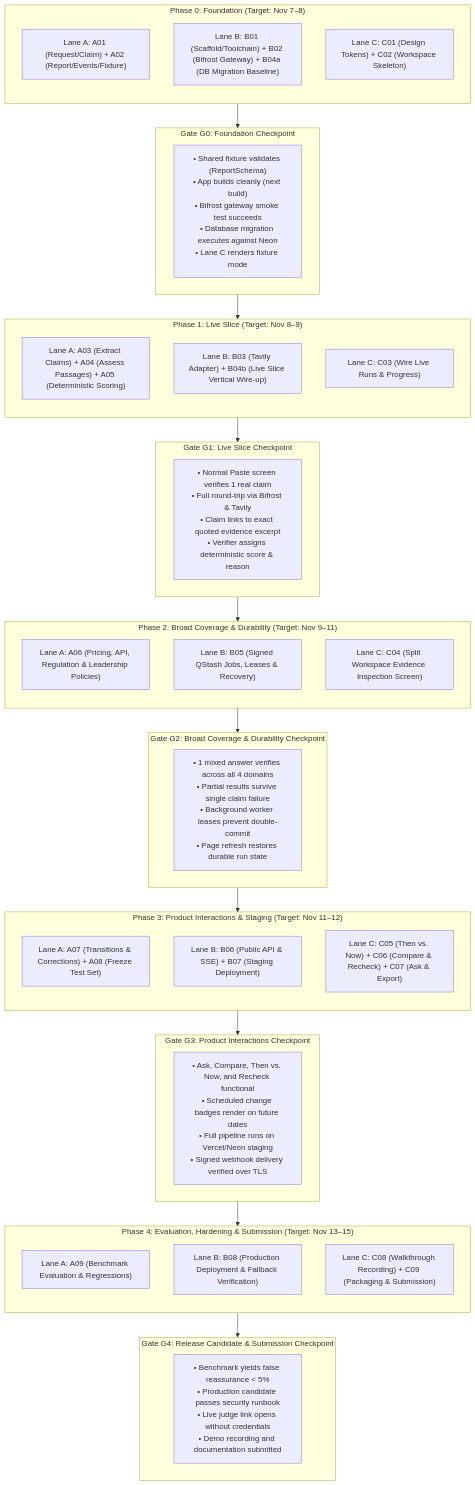
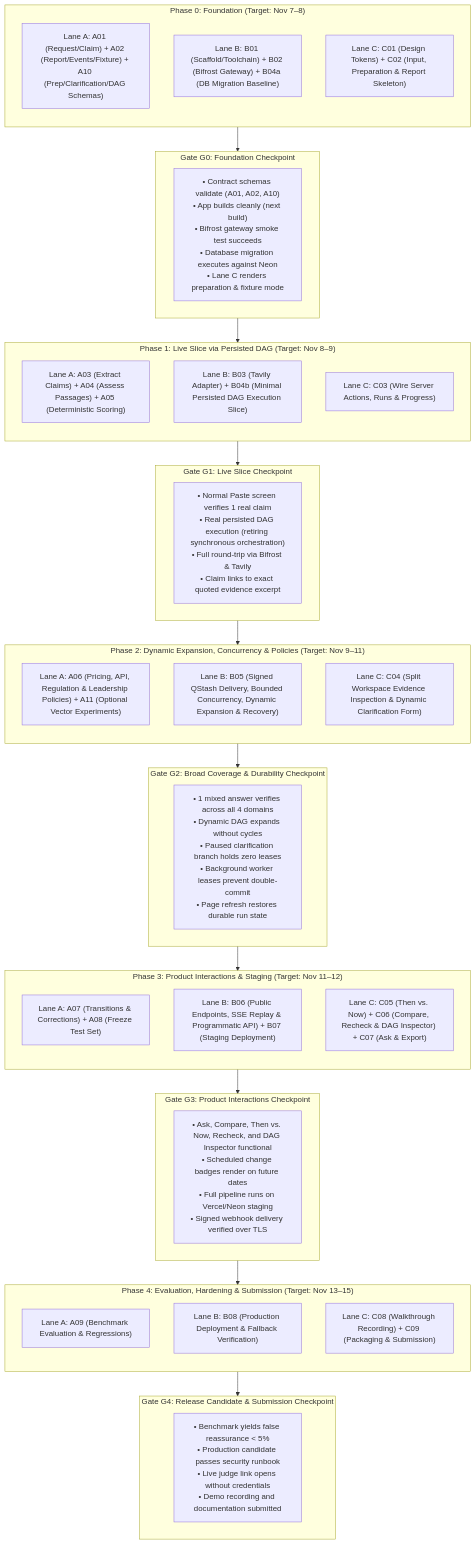
Before and after one commit to Driftaxe/Afterfact: the first of 6 diagrams in docs/PARALLEL-WORK-PLAN.md, drawn with Mermaid. The commit also changed other lines of this file and 1 other file, not shown here.

````diff
--- a/docs/PARALLEL-WORK-PLAN.md
+++ b/docs/PARALLEL-WORK-PLAN.md
@@ -55,67 +55,67 @@
 ```mermaid
 flowchart TD
     subgraph Phase0 ["Phase 0: Foundation (Target: Nov 7–8)"]
         direction TB
-        P0_A["Lane A: A01 (Request/Claim) + A02 (Report/Events/Fixture)"]
+        P0_A["Lane A: A01 (Request/Claim) + A02 (Report/Events/Fixture) + A10 (Prep/Clarification/DAG Schemas)"]
         P0_B["Lane B: B01 (Scaffold/Toolchain) + B02 (Bifrost Gateway) + B04a (DB Migration Baseline)"]
-        P0_C["Lane C: C01 (Design Tokens) + C02 (Workspace Skeleton)"]
+        P0_C["Lane C: C01 (Design Tokens) + C02 (Input, Preparation & Report Skeleton)"]
     end
 
     subgraph Gate0 ["Gate G0: Foundation Checkpoint"]
-        G0_Crit["• Shared fixture validates (ReportSchema)<br/>• App builds cleanly (next build)<br/>• Bifrost gateway smoke test succeeds<br/>• Database migration executes against Neon<br/>• Lane C renders fixture mode"]
+        G0_Crit["• Contract schemas validate (A01, A02, A10)<br/>• App builds cleanly (next build)<br/>• Bifrost gateway smoke test succeeds<br/>• Database migration executes against Neon<br/>• Lane C renders preparation & fixture mode"]
     end
 
-    subgraph Phase1 ["Phase 1: Live Slice (Target: Nov 8–9)"]
+    subgraph Phase1 ["Phase 1: Live Slice via Persisted DAG (Target: Nov 8–9)"]
         direction TB
         P1_A["Lane A: A03 (Extract Claims) + A04 (Assess Passages) + A05 (Deterministic Scoring)"]
-        P1_B["Lane B: B03 (Tavily Adapter) + B04b (Live Slice Vertical Wire-up)"]
-        P1_C["Lane C: C03 (Wire Live Runs & Progress)"]
+        P1_B["Lane B: B03 (Tavily Adapter) + B04b (Minimal Persisted DAG Execution Slice)"]
+        P1_C["Lane C: C03 (Wire Server Actions, Runs & Progress)"]
     end
 
     subgraph Gate1 ["Gate G1: Live Slice Checkpoint"]
-        G1_Crit["• Normal Paste screen verifies 1 real claim<br/>• Full round-trip via Bifrost & Tavily<br/>• Claim links to exact quoted evidence excerpt<br/>• Verifier assigns deterministic score & reason"]
+        G1_Crit["• Normal Paste screen verifies 1 real claim<br/>• Real persisted DAG execution (retiring synchronous orchestration)<br/>• Full round-trip via Bifrost & Tavily<br/>• Claim links to exact quoted evidence excerpt"]
     end
 
-    subgraph Phase2 ["Phase 2: Broad Coverage & Durability (Target: Nov 9–11)"]
+    subgraph Phase2 ["Phase 2: Dynamic Expansion, Concurrency & Policies (Target: Nov 9–11)"]
         direction TB
-        P2_A["Lane A: A06 (Pricing, API, Regulation & Leadership Policies)"]
-        P2_B["Lane B: B05 (Signed QStash Jobs, Leases & Recovery)"]
-        P2_C["Lane C: C04 (Split Workspace Evidence Inspection Screen)"]
+        P2_A["Lane A: A06 (Pricing, API, Regulation & Leadership Policies) + A11 (Optional Vector Experiments)"]
+        P2_B["Lane B: B05 (Signed QStash Delivery, Bounded Concurrency, Dynamic Expansion & Recovery)"]
+        P2_C["Lane C: C04 (Split Workspace Evidence Inspection & Dynamic Clarification Form)"]
     end
 
     subgraph Gate2 ["Gate G2: Broad Coverage & Durability Checkpoint"]
-        G2_Crit["• 1 mixed answer verifies across all 4 domains<br/>• Partial results survive single claim failure<br/>• Background worker leases prevent double-commit<br/>• Page refresh restores durable run state"]
+        G2_Crit["• 1 mixed answer verifies across all 4 domains<br/>• Dynamic DAG expands without cycles<br/>• Paused clarification branch holds zero leases<br/>• Background worker leases prevent double-commit<br/>• Page refresh restores durable run state"]
     end
 
     subgraph Phase3 ["Phase 3: Product Interactions & Staging (Target: Nov 11–12)"]
         direction TB
         P3_A["Lane A: A07 (Transitions & Corrections) + A08 (Freeze Test Set)"]
-        P3_B["Lane B: B06 (Public API & SSE) + B07 (Staging Deployment)"]
-        P3_C["Lane C: C05 (Then vs. Now) + C06 (Compare & Recheck) + C07 (Ask & Export)"]
+        P3_B["Lane B: B06 (Public Endpoints, SSE Replay & Programmatic API) + B07 (Staging Deployment)"]
+        P3_C["Lane C: C05 (Then vs. Now) + C06 (Compare, Recheck & DAG Inspector) + C07 (Ask & Export)"]
     end
 
     subgraph Gate3 ["Gate G3: Product Interactions Checkpoint"]
-        G3_Crit["• Ask, Compare, Then vs. Now, and Recheck functional<br/>• Scheduled change badges render on future dates<br/>• Full pipeline runs on Vercel/Neon staging<br/>• Signed webhook delivery verified over TLS"]
+        G3_Crit["• Ask, Compare, Then vs. Now, Recheck, and DAG Inspector functional<br/>• Scheduled change badges render on future dates<br/>• Full pipeline runs on Vercel/Neon staging<br/>• Signed webhook delivery verified over TLS"]
     end
 
     subgraph Phase4 ["Phase 4: Evaluation, Hardening & Submission (Target: Nov 13–15)"]
         direction TB
         P4_A["Lane A: A09 (Benchmark Evaluation & Regressions)"]
         P4_B["Lane B: B08 (Production Deployment & Fallback Verification)"]
         P4_C["Lane C: C08 (Walkthrough Recording) + C09 (Packaging & Submission)"]
     end
 
     subgraph Gate4 ["Gate G4: Release Candidate & Submission Checkpoint"]
         G4_Crit["• Benchmark yields false reassurance < 5%<br/>• Production candidate passes security runbook<br/>• Live judge link opens without credentials<br/>• Demo recording and documentation submitted"]
     end
 
     Phase0 --> Gate0
     Gate0 --> Phase1
     Phase1 --> Gate1
     Gate1 --> Phase2
     Phase2 --> Gate2
     Gate2 --> Phase3
     Phase3 --> Gate3
     Gate3 --> Phase4
     Phase4 --> Gate4
 ```
````
